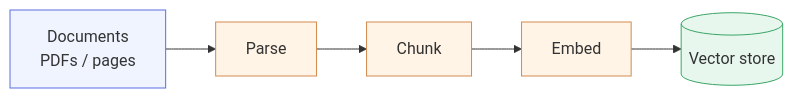
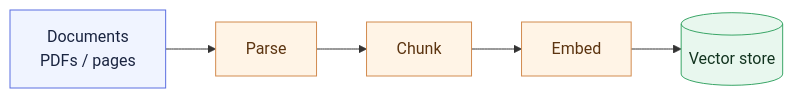
The second of 4 diagrams in chapter_1/l2/README.md (LinkedInLearning/docker-for-local-ai-app-development-build-lightweight-containerized-ai-applications-11189001), drawn with Mermaid before and after one commit. The commit also changed other lines of this file and 25 other files, not shown here.

````diff
--- a/chapter_1/l2/README.md
+++ b/chapter_1/l2/README.md
@@ -90,15 +90,15 @@
 ```mermaid
 flowchart LR
     D[Documents<br/>PDFs / pages] --> P[Parse]
     P --> C[Chunk]
     C --> E[Embed]
     E --> V[(Vector store)]
 
-    classDef data   fill:#f0f4ff,stroke:#5b6ee1,stroke-width:1px;
-    classDef action fill:#fff4e6,stroke:#d28b4f,stroke-width:1px;
-    classDef store  fill:#e8f7ee,stroke:#3aa667,stroke-width:1px;
+    classDef data   fill:#f0f4ff,stroke:#5b6ee1,stroke-width:1px,color:#1a2440;
+    classDef action fill:#fff4e6,stroke:#d28b4f,stroke-width:1px,color:#5c3410;
+    classDef store  fill:#e8f7ee,stroke:#3aa667,stroke-width:1px,color:#12341f;
 
     class D data
     class P,C,E action
     class V store
 ```
````
